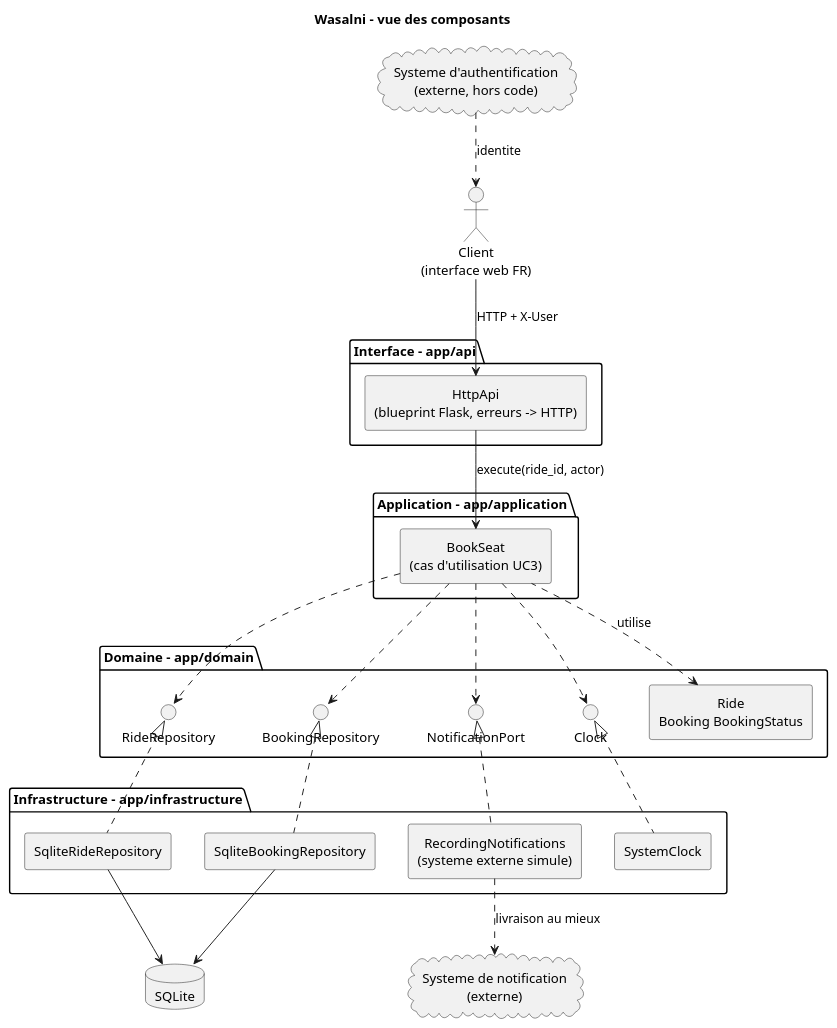
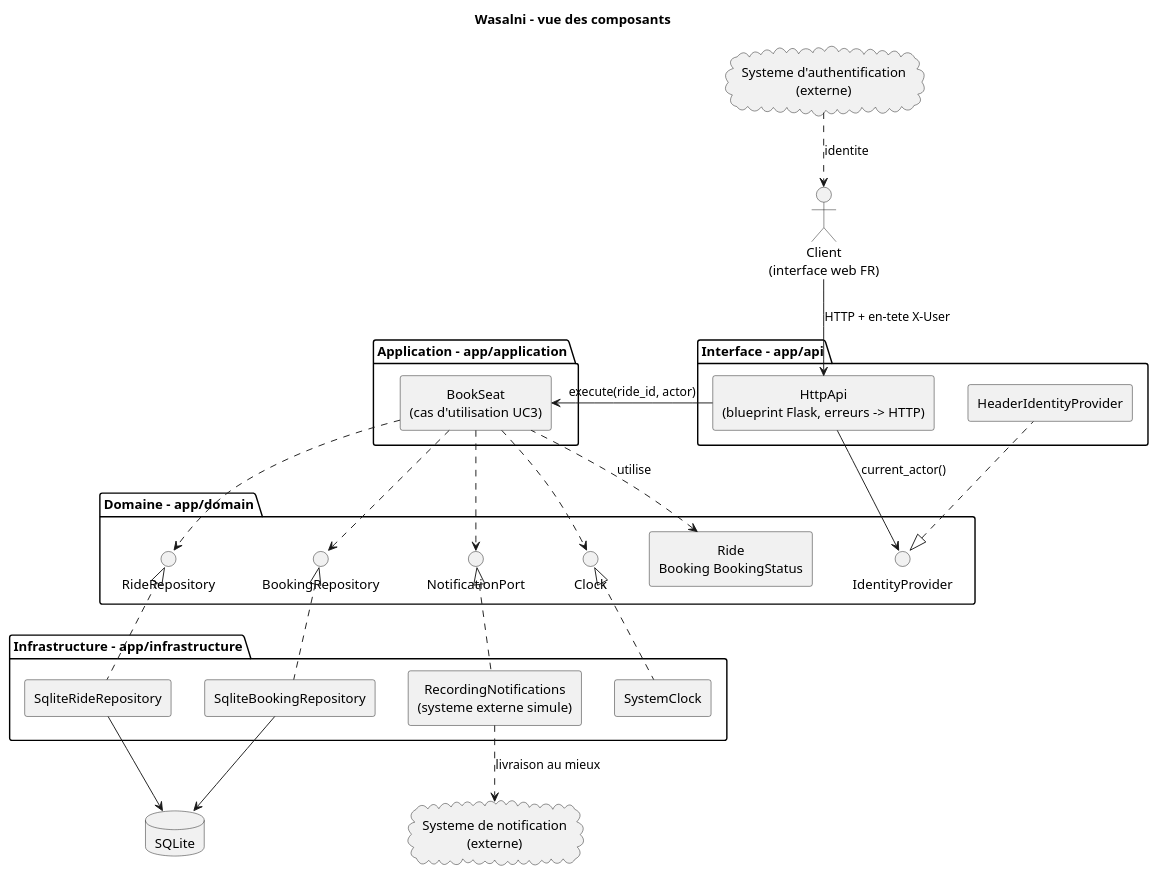
Before and after one commit to alaa-ilehi/Wasalni: the diagram in docs/uml/architecture-components.puml, drawn with PlantUML. The commit also changed 15 other files, not shown here.

```diff
--- a/docs/uml/architecture-components.puml
+++ b/docs/uml/architecture-components.puml
@@ -1,53 +1,57 @@
 @startuml
 title Wasalni - vue des composants
 
 skinparam componentStyle rectangle
 skinparam defaultTextAlignment center
 
 actor "Client\n(interface web FR)" as Client
 
 package "Interface - app/api" {
   [HttpApi\n(blueprint Flask, erreurs -> HTTP)] as HttpApi
+  [HeaderIdentityProvider] as HeaderIdentity
 }
 
 package "Application - app/application" {
   [BookSeat\n(cas d'utilisation UC3)] as BookSeat
 }
 
 package "Domaine - app/domain" {
   [Ride\nBooking BookingStatus] as Entities
   interface "RideRepository" as IRide
   interface "BookingRepository" as IBooking
   interface "NotificationPort" as INotif
+  interface "IdentityProvider" as IIdentity
   interface "Clock" as IClock
 }
 
 package "Infrastructure - app/infrastructure" {
   [SqliteRideRepository] as SqlRide
   [SqliteBookingRepository] as SqlBooking
   [RecordingNotifications\n(systeme externe simule)] as Notif
   [SystemClock] as Clock
 }
 
 database "SQLite" as DB
 cloud "Systeme de notification\n(externe)" as ExternalNotif
-cloud "Systeme d'authentification\n(externe, hors code)" as ExternalAuth
+cloud "Systeme d'authentification\n(externe)" as ExternalAuth
 
-Client --> HttpApi : HTTP + X-User
+Client --> HttpApi : HTTP + en-tete X-User
 ExternalAuth ..> Client : identite
+HttpApi --> IIdentity : current_actor()
 HttpApi --> BookSeat : execute(ride_id, actor)
 BookSeat ..> IRide
 BookSeat ..> IBooking
 BookSeat ..> INotif
 BookSeat ..> IClock
 
+IIdentity <|.. HeaderIdentity
 IRide <|.. SqlRide
 IBooking <|.. SqlBooking
 INotif <|.. Notif
 IClock <|.. Clock
 
 SqlRide --> DB
 SqlBooking --> DB
 Notif ..> ExternalNotif : livraison au mieux
 Entities <.. BookSeat : utilise
 @enduml
```
